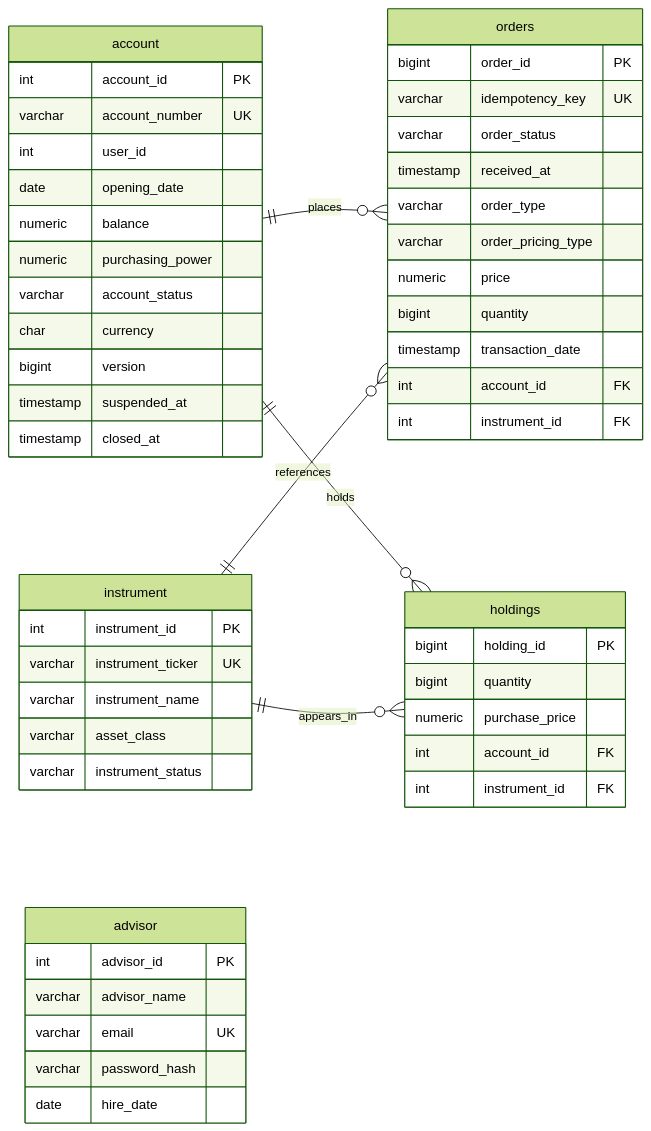
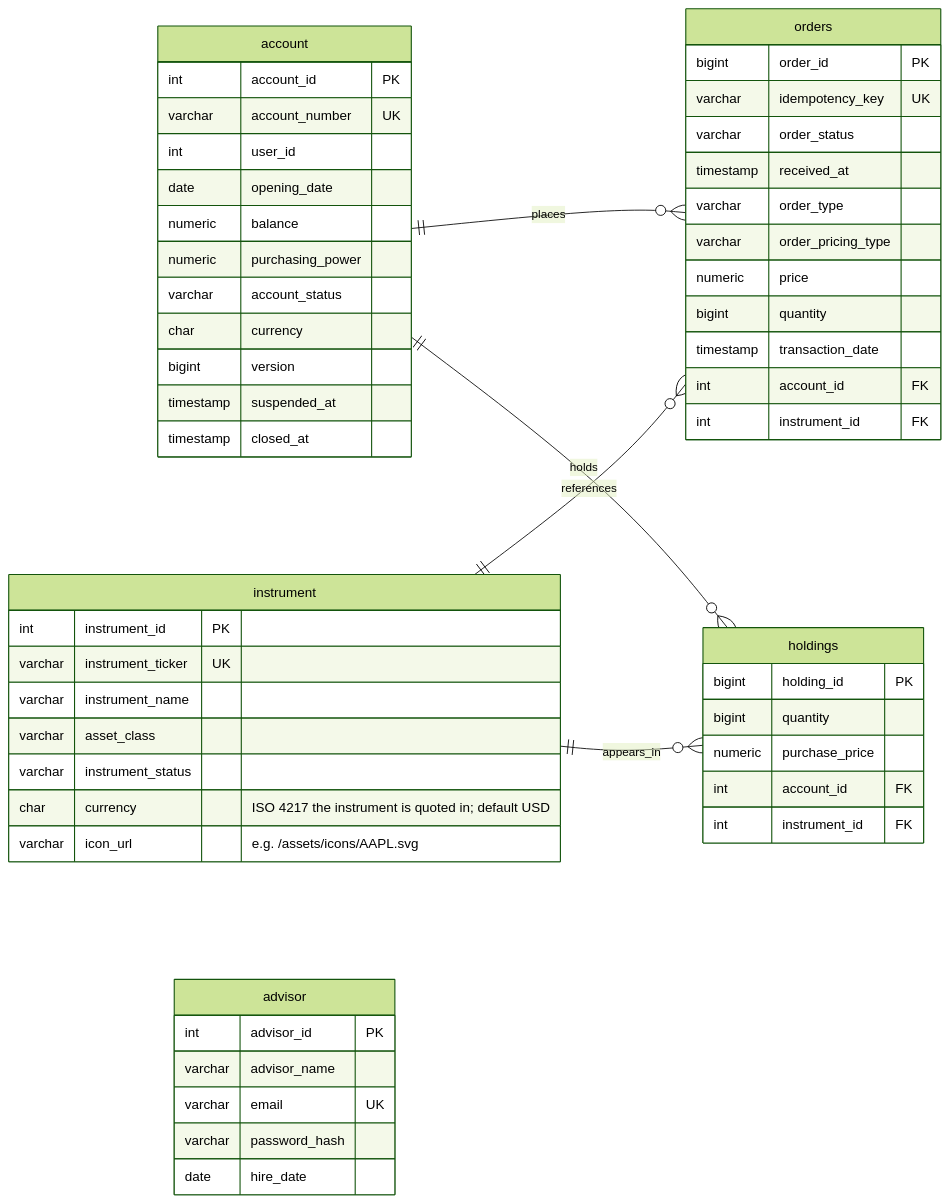
Before and after one commit to singhaviral365/enterprise-trading-platform: the diagram in documentation/db/trading_db_er.md, drawn with Mermaid (forest theme). The commit also changed 9 other files, not shown here.

````diff
--- a/documentation/db/trading_db_er.md
+++ b/documentation/db/trading_db_er.md
@@ -3,61 +3,63 @@
 ```mermaid
 erDiagram
     direction LR
 
     account ||--o{ orders : places
     instrument ||--o{ orders : references
     account ||--o{ holdings : holds
     instrument ||--o{ holdings : appears_in
 
     advisor {
         int advisor_id PK
         varchar advisor_name
         varchar email UK
         varchar password_hash
         date hire_date
     }
 
     account {
         int account_id PK
         varchar account_number UK
         int user_id
         date opening_date
         numeric balance
         numeric purchasing_power
         varchar account_status
         char currency
         bigint version
         timestamp suspended_at
         timestamp closed_at
     }
 
     instrument {
         int instrument_id PK
         varchar instrument_ticker UK
         varchar instrument_name
         varchar asset_class
         varchar instrument_status
+        char currency "ISO 4217 the instrument is quoted in; default USD"
+        varchar icon_url "e.g. /assets/icons/AAPL.svg"
     }
 
     orders {
         bigint order_id PK
         varchar idempotency_key UK
         varchar order_status
         timestamp received_at
         varchar order_type
         varchar order_pricing_type
         numeric price
         bigint quantity
         timestamp transaction_date
         int account_id FK
         int instrument_id FK
     }
 
     holdings {
         bigint holding_id PK
         bigint quantity
         numeric purchase_price
         int account_id FK
         int instrument_id FK
     }
 ```
````
